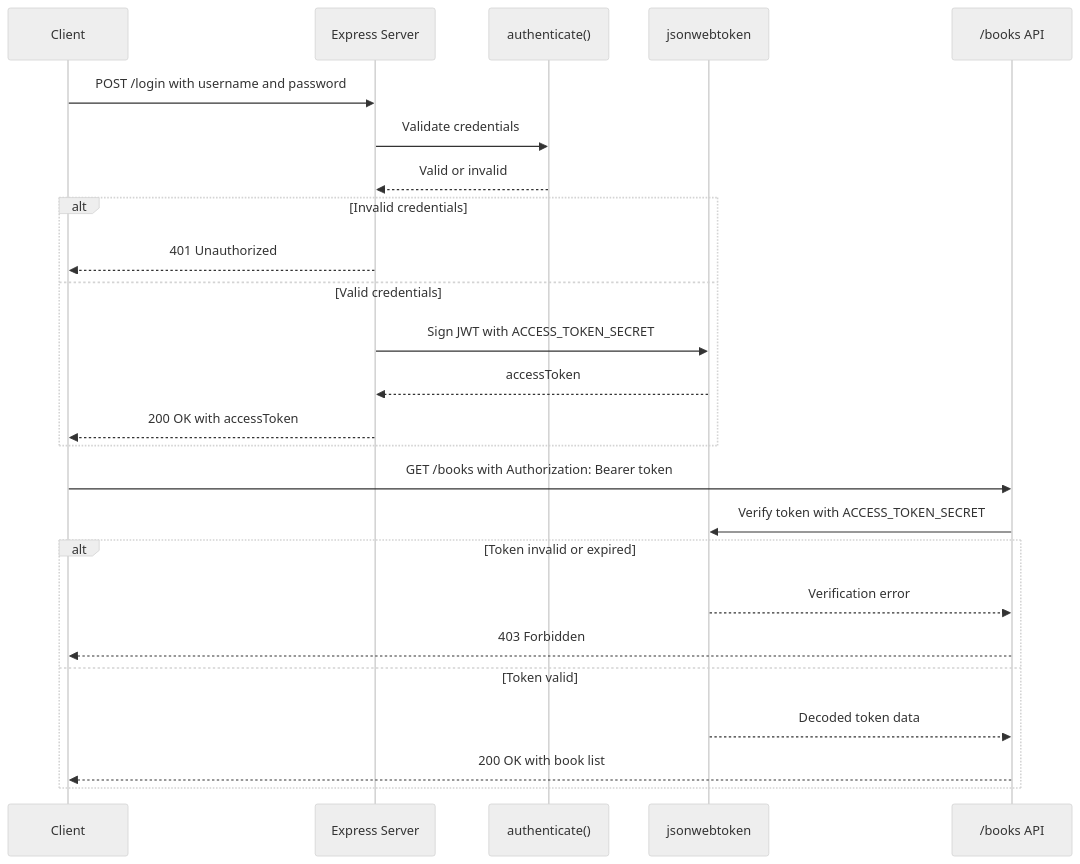
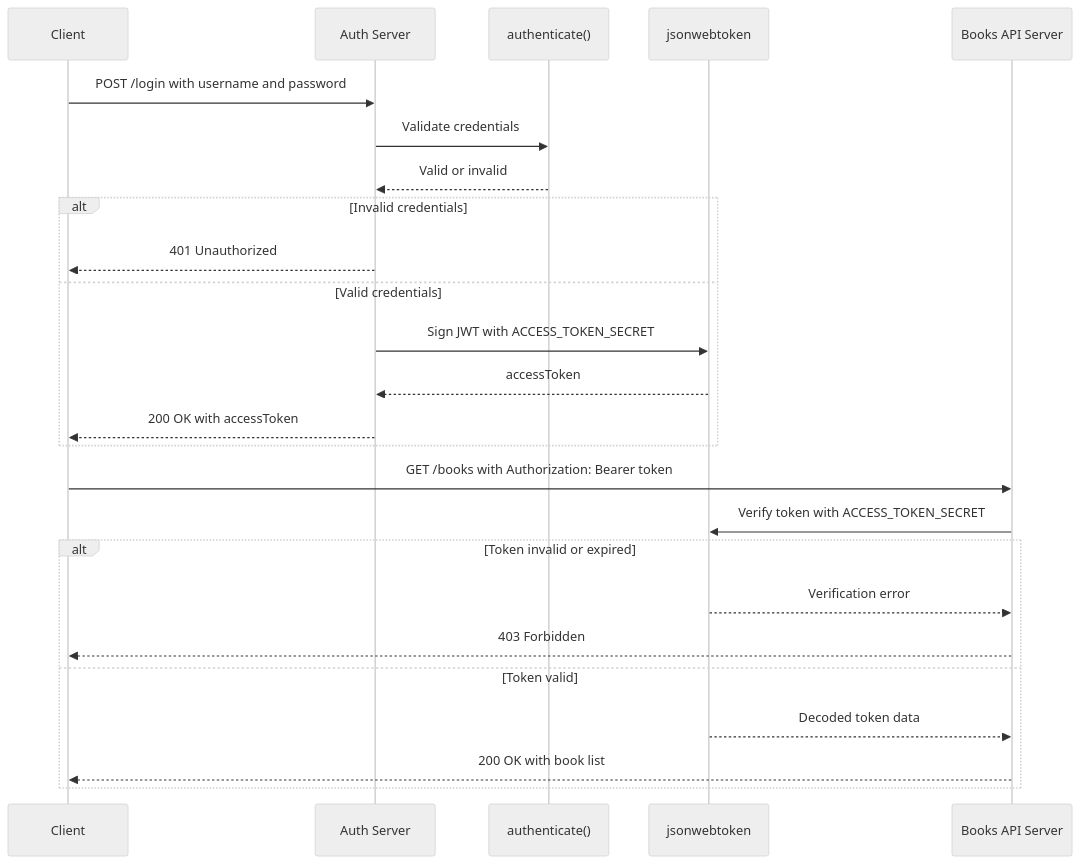
The diagram in README.md (thangphan3000/jwt), drawn with Mermaid (neutral theme) before and after one commit. The commit also changed other lines of this file and 3 other files, not shown here.

Commit message:
feat(auth): split auth server from books api

````diff
--- a/README.md
+++ b/README.md
@@ -101,31 +109,31 @@
 ```mermaid
 sequenceDiagram
     participant Client
-    participant Express as Express Server
+    participant AuthServer as Auth Server
     participant Auth as authenticate()
     participant JWT as jsonwebtoken
-    participant Books as /books API
+    participant Books as Books API Server
 
-    Client->>Express: POST /login with username and password
-    Express->>Auth: Validate credentials
-    Auth-->>Express: Valid or invalid
+    Client->>AuthServer: POST /login with username and password
+    AuthServer->>Auth: Validate credentials
+    Auth-->>AuthServer: Valid or invalid
 
     alt Invalid credentials
-        Express-->>Client: 401 Unauthorized
+        AuthServer-->>Client: 401 Unauthorized
     else Valid credentials
-        Express->>JWT: Sign JWT with ACCESS_TOKEN_SECRET
-        JWT-->>Express: accessToken
-        Express-->>Client: 200 OK with accessToken
+        AuthServer->>JWT: Sign JWT with ACCESS_TOKEN_SECRET
+        JWT-->>AuthServer: accessToken
+        AuthServer-->>Client: 200 OK with accessToken
     end
 
     Client->>Books: GET /books with Authorization: Bearer token
     Books->>JWT: Verify token with ACCESS_TOKEN_SECRET
 
     alt Token invalid or expired
         JWT-->>Books: Verification error
         Books-->>Client: 403 Forbidden
     else Token valid
         JWT-->>Books: Decoded token data
         Books-->>Client: 200 OK with book list
     end
 ```
````
